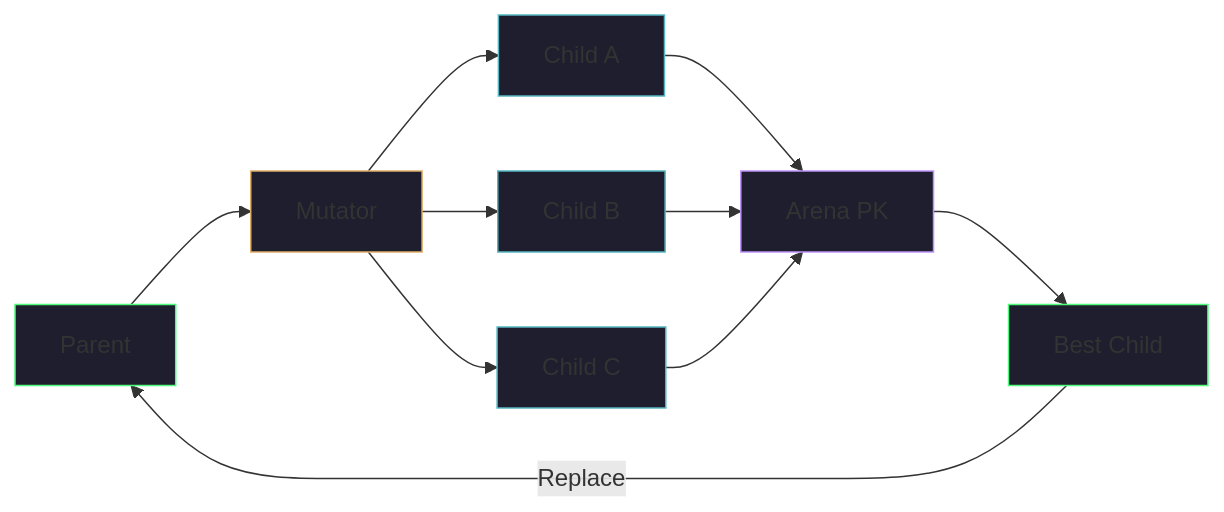
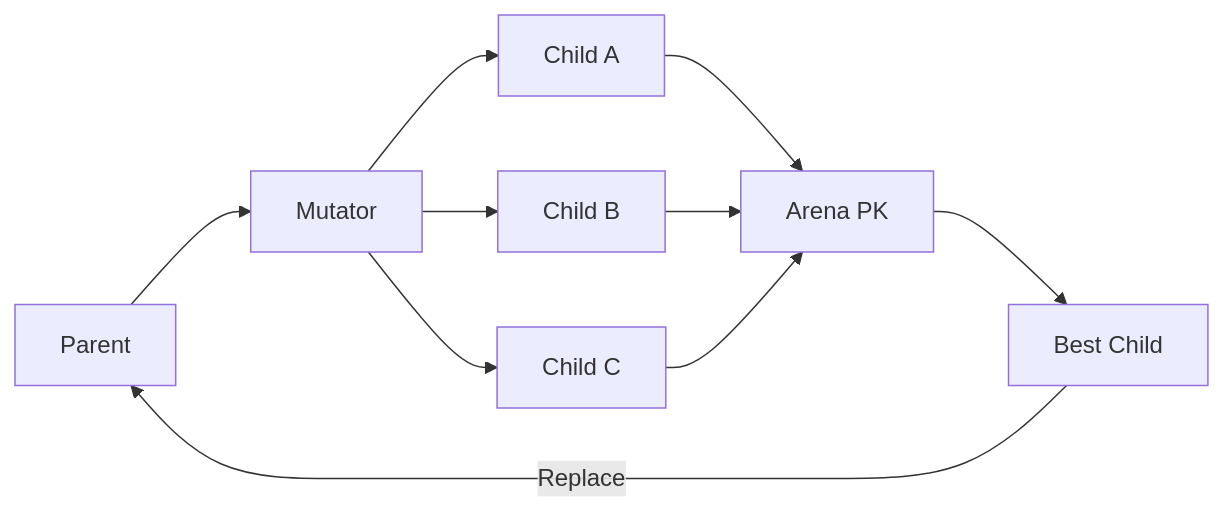
One commit to Timwood0x10/myblog changed the fourth of 9 diagrams in content/log/ARES/11-autonomous-evolution-deep-dive.md. Above: the diagram before and after it, drawn with Mermaid. The commit also changed other lines of this file and 11 other files, not shown here.

Commit message:
refactor(theme): unify Mermaid chart theme styles

````diff
--- a/content/log/ARES/11-autonomous-evolution-deep-dive.md
+++ b/content/log/ARES/11-autonomous-evolution-deep-dive.md
@@ -896,20 +889,13 @@
 ```mermaid
 graph LR
     P[Parent] --> M[Mutator]
     M --> CA[Child A]
     M --> CB[Child B]
     M --> CC[Child C]
     CA --> A[Arena PK]
     CB --> A
     CC --> A
     A --> B[Best Child]
     B -->|Replace| P
 
-    style P fill:#1e1e2e,stroke:#50fa7b
-    style M fill:#1e1e2e,stroke:#e0af68
-    style CA fill:#1e1e2e,stroke:#56b6c2
-    style CB fill:#1e1e2e,stroke:#56b6c2
-    style CC fill:#1e1e2e,stroke:#56b6c2
-    style A fill:#1e1e2e,stroke:#bd93f9
-    style B fill:#1e1e2e,stroke:#50fa7b
 ```
````
